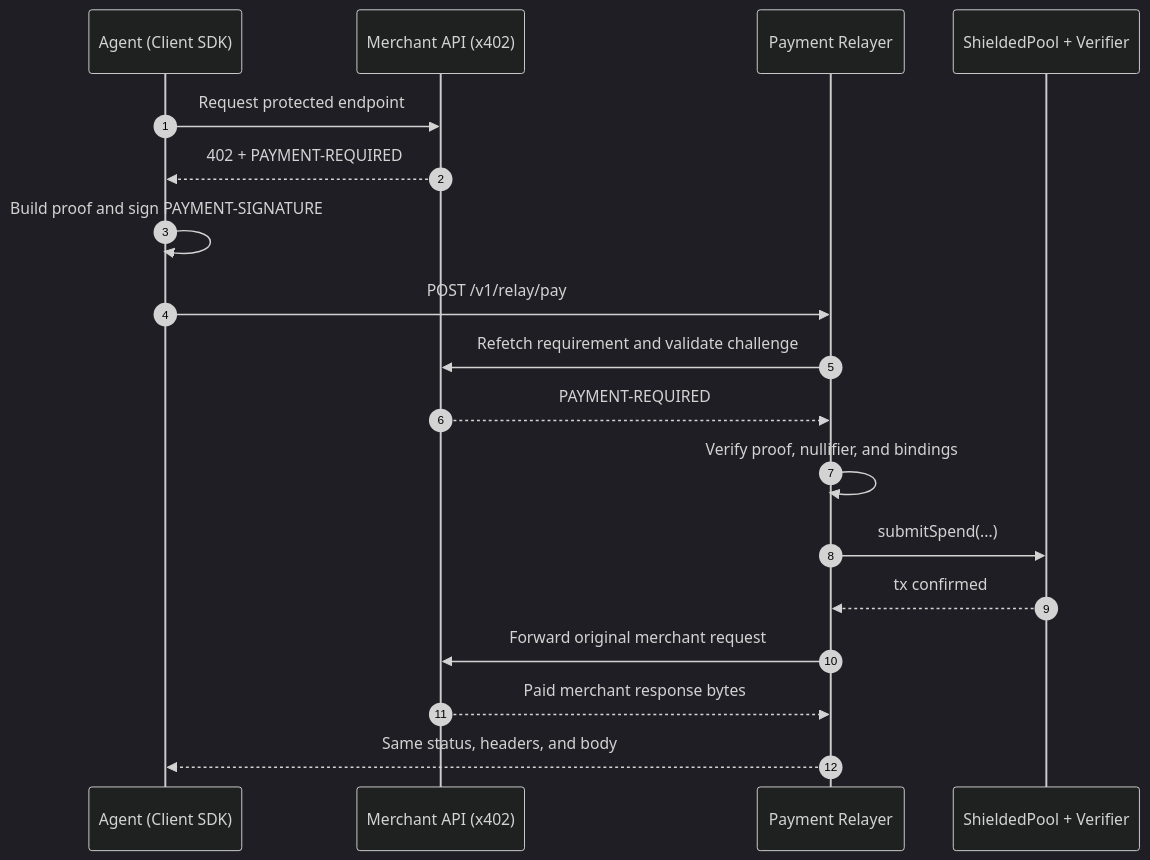
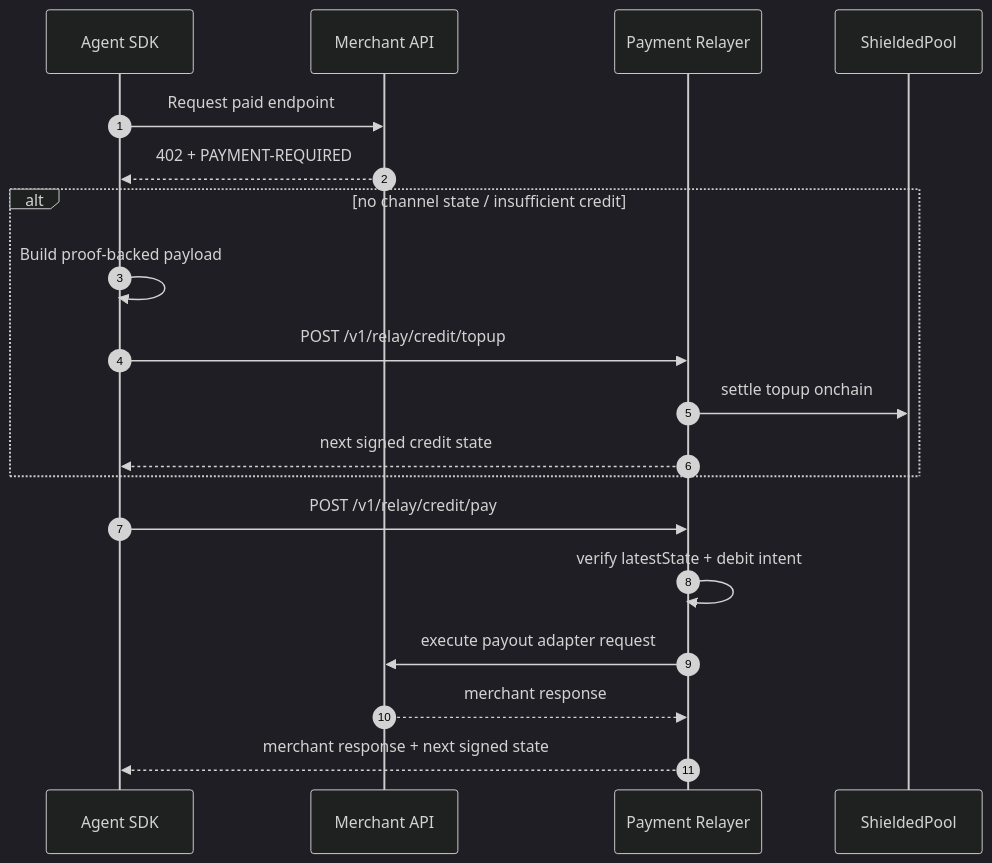
One commit to nhestrompia/shielded-x402 changed the diagram in docs/x402-protocol.md. Above: the diagram before and after it, drawn with Mermaid (dark theme). The commit also changed other lines of this file and 93 other files, not shown here.

Commit message:
feat: new flow, bug fixes in contract, refactor of codebase

````diff
--- a/docs/x402-protocol.md
+++ b/docs/x402-protocol.md
@@ -63,21 +80,24 @@
 ```mermaid
 sequenceDiagram
     autonumber
-    participant A as Agent (Client SDK)
-    participant M as Merchant API (x402)
+    participant A as Agent SDK
+    participant M as Merchant API
     participant R as Payment Relayer
-    participant P as ShieldedPool + Verifier
+    participant P as ShieldedPool
 
-    A->>M: Request protected endpoint
+    A->>M: Request paid endpoint
     M-->>A: 402 + PAYMENT-REQUIRED
-    A->>A: Build proof and sign PAYMENT-SIGNATURE
-    A->>R: POST /v1/relay/pay
-    R->>M: Refetch requirement and validate challenge
-    M-->>R: PAYMENT-REQUIRED
-    R->>R: Verify proof, nullifier, and bindings
-    R->>P: submitSpend(...)
-    P-->>R: tx confirmed
-    R->>M: Forward original merchant request
-    M-->>R: Paid merchant response bytes
-    R-->>A: Same status, headers, and body
+
+    alt no channel state / insufficient credit
+      A->>A: Build proof-backed payload
+      A->>R: POST /v1/relay/credit/topup
+      R->>P: settle topup onchain
+      R-->>A: next signed credit state
+    end
+
+    A->>R: POST /v1/relay/credit/pay
+    R->>R: verify latestState + debit intent
+    R->>M: execute payout adapter request
+    M-->>R: merchant response
+    R-->>A: merchant response + next signed state
 ```
````
